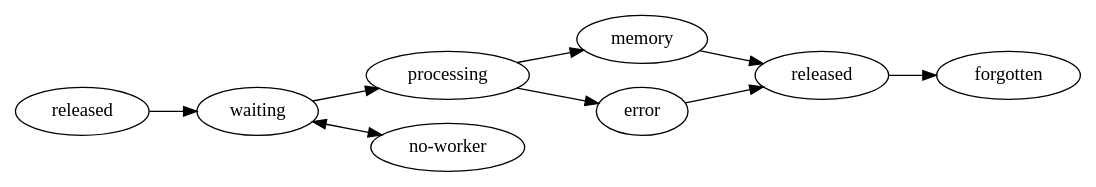
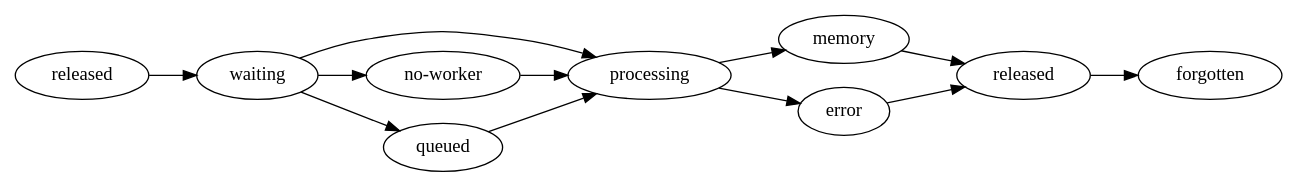
Before and after one commit to dask/distributed: the diagram in docs/source/images/task-state.dot, drawn with Graphviz. The commit also changed 12 other files, not shown here.

```diff
--- a/docs/source/images/task-state.dot
+++ b/docs/source/images/task-state.dot
@@ -1,16 +1,19 @@
 digraph{
     graph [
         bgcolor="#FFFFFFF00",
         rankdir=LR,
         ];
     released1 [label=released];
     released2 [label=released];
     released1 -> waiting;
     waiting -> processing;
-    waiting -> "no-worker" [dir=both];
+    waiting -> "no-worker";
+    waiting -> queued;
+    "no-worker" -> processing;
+    queued -> processing;
     processing -> memory;
     processing -> error;
     error -> released2;
     memory -> released2;
     released2 -> forgotten;
 }
```
